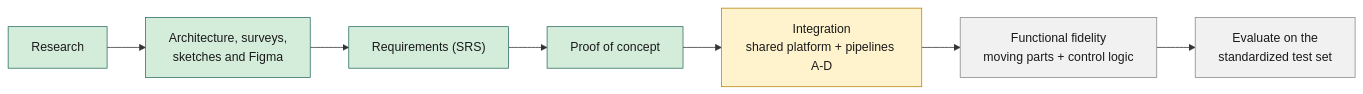
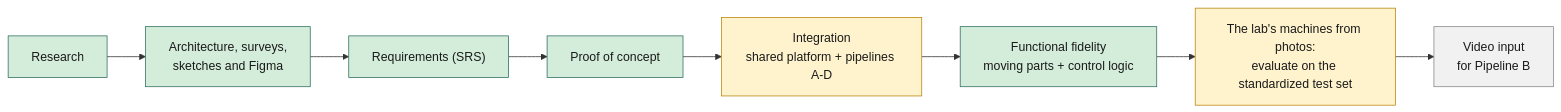
Before and after one commit to DanSweet734/MoonWalkers---Multimodal-Digital-Twin-Generator: the eighth of 8 diagrams in README.md, drawn with Mermaid. The commit also changed other lines of this file and 6 other files, not shown here.

Commit message:
docs: record the 2026-11-05 meeting and the lab's machines

````diff
--- a/README.md
+++ b/README.md
@@ -331,13 +331,14 @@
 ```mermaid
 flowchart LR
   R["Research"]:::done --> ARCH["Architecture, surveys,<br/>sketches and Figma"]:::done
   ARCH --> SRS["Requirements (SRS)"]:::done
   SRS --> POC["Proof of concept"]:::done
   POC --> INT["Integration<br/>shared platform + pipelines A-D"]:::active
-  INT --> FUNC["Functional fidelity<br/>moving parts + control logic"]:::next
-  FUNC --> EVAL["Evaluate on the<br/>standardized test set"]:::next
+  INT --> FUNC["Functional fidelity<br/>moving parts + control logic"]:::done
+  FUNC --> LAB["The lab's machines from photos:<br/>evaluate on the standardized test set"]:::active
+  LAB --> VID["Video input<br/>for Pipeline B"]:::next
 
   classDef done fill:#d4edda,stroke:#2f6f62,color:#1a1a1a
   classDef active fill:#fff3cd,stroke:#b8860b,color:#1a1a1a
   classDef next fill:#f1f1f1,stroke:#888,color:#1a1a1a
 ```
````
